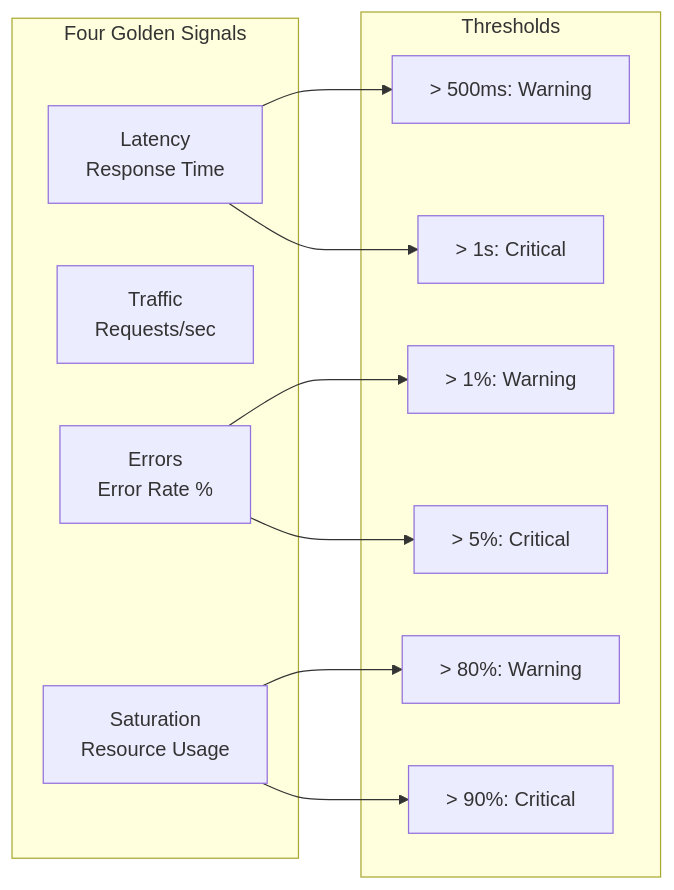
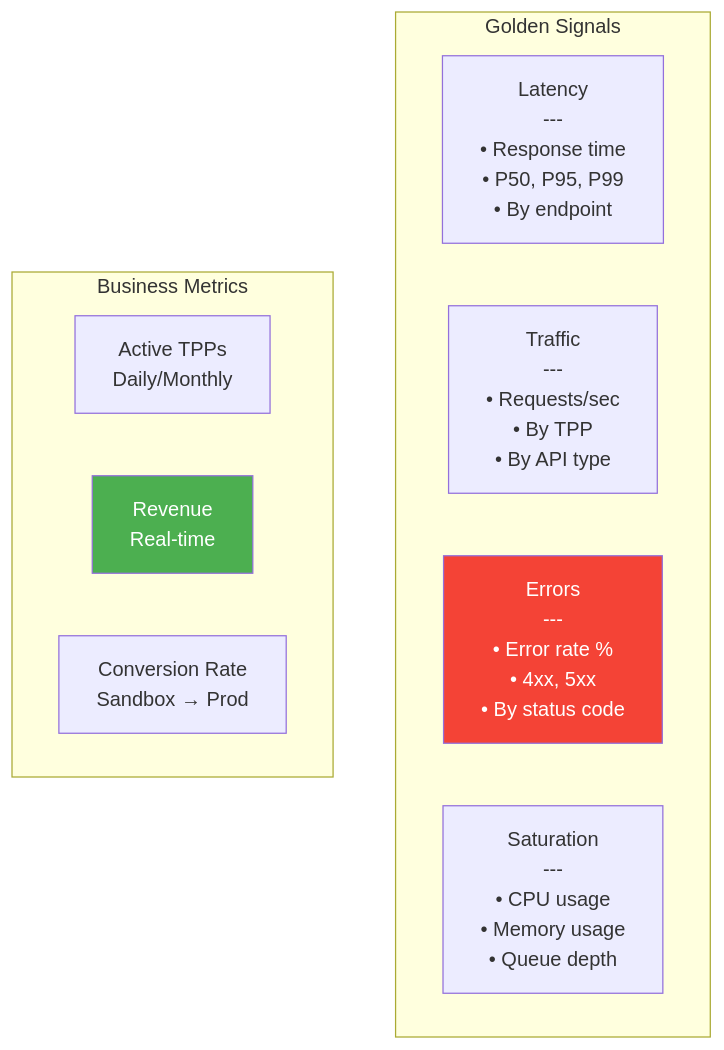
One commit to huuhoait/openbanking-vn-specs changed the eighth of 18 diagrams in 10-Van-hanh-va-NFR.md. Above: the diagram before and after it, drawn with Mermaid. The commit also changed other lines of this file and 14 other files, not shown here.

````diff
--- a/10-Van-hanh-va-NFR.md
+++ b/10-Van-hanh-va-NFR.md
@@ -295,27 +289,21 @@
 ```mermaid
-graph LR
-    subgraph "Four Golden Signals"
-        Latency[Latency<br/>Response Time]
-        Traffic[Traffic<br/>Requests/sec]
-        Errors[Errors<br/>Error Rate %]
-        Saturation[Saturation<br/>Resource Usage]
+graph TB
+    subgraph "Golden Signals"
+        Latency[Latency<br/>---<br/>• Response time<br/>• P50, P95, P99<br/>• By endpoint]
+        
+        Traffic[Traffic<br/>---<br/>• Requests/sec<br/>• By TPP<br/>• By API type]
+        
+        Errors[Errors<br/>---<br/>• Error rate %<br/>• 4xx, 5xx<br/>• By status code]
+        
+        Saturation[Saturation<br/>---<br/>• CPU usage<br/>• Memory usage<br/>• Queue depth]
     end
     
-    subgraph "Thresholds"
-        L_Warn[> 500ms: Warning]
-        L_Crit[> 1s: Critical]
-        
-        E_Warn[> 1%: Warning]
-        E_Crit[> 5%: Critical]
-        
-        S_Warn[> 80%: Warning]
-        S_Crit[> 90%: Critical]
+    subgraph "Business Metrics"
+        TPP_Active[Active TPPs<br/>Daily/Monthly]
+        Revenue[Revenue<br/>Real-time]
+        Conversion[Conversion Rate<br/>Sandbox → Prod]
     end
     
-    Latency --> L_Warn
-    Latency --> L_Crit
-    Errors --> E_Warn
-    Errors --> E_Crit
-    Saturation --> S_Warn
-    Saturation --> S_Crit
+    style Errors fill:#f44336,color:#fff
+    style Revenue fill:#4caf50,color:#fff
 ```
````
